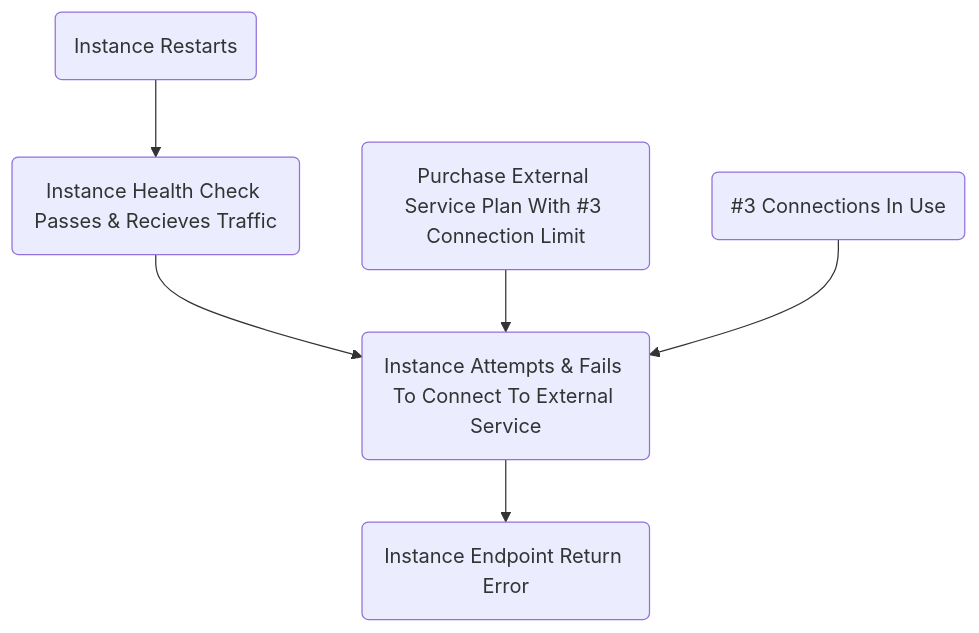
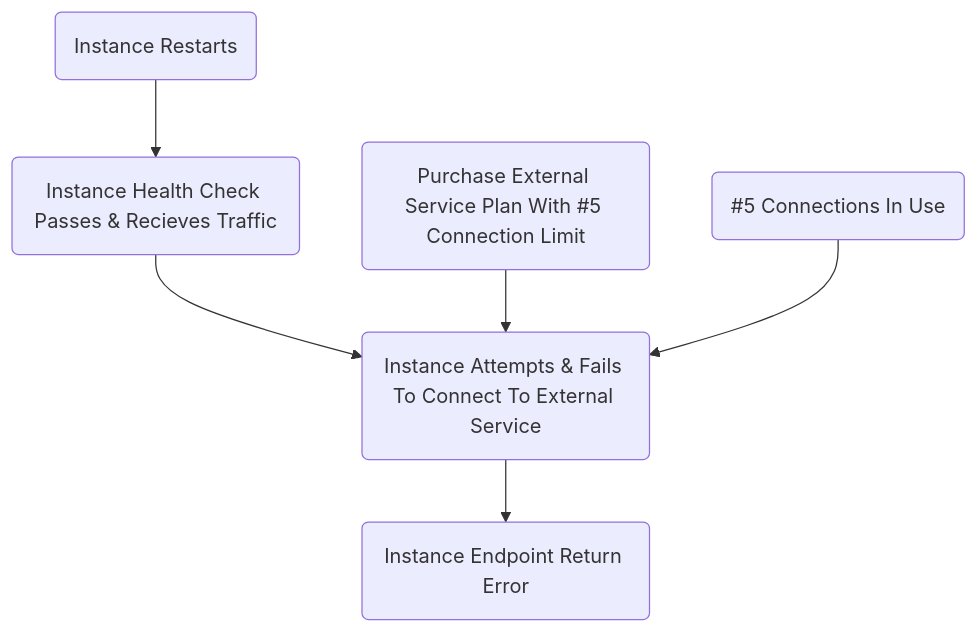
One commit to Cori1109/Cori1109.github.io changed the diagram in content/post/causal-diagrams.md. Above: the diagram before and after it, drawn with Mermaid.

````diff
--- a/content/post/causal-diagrams.md
+++ b/content/post/causal-diagrams.md
@@ -18,13 +18,13 @@
 ```mermaid
 graph TD
   A(Instance Restarts)
   B(Instance Health Check Passes & Recieves Traffic)
   C(Instance Attempts & Fails To Connect To External Service)
   D(Instance Endpoint Return Error)
-  E(Purchase External Service Plan With #3 Connection Limit)
-  F(#3 Connections In Use)
+  E(Purchase External Service Plan With #5 Connection Limit)
+  F(#5 Connections In Use)
   
   A --> B --> C --> D
   E --> C
   F --> C
 ```
````
